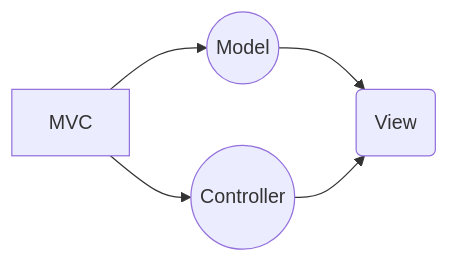
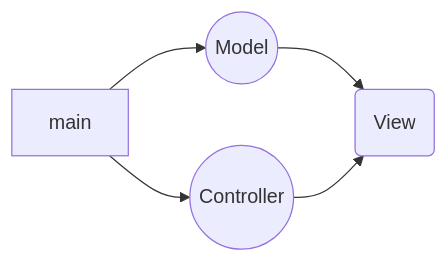
One commit to raihaninfo/attendance_management changed the diagram in README.md. Above: the diagram before and after it, drawn with Mermaid. The commit also changed 10 other files, not shown here.

````diff
--- a/README.md
+++ b/README.md
@@ -43,7 +43,7 @@
 ```mermaid
 graph LR
-A[MVC] --> B((Model))
+A[main] --> B((Model))
 A --> C((Controller))
 B --> D((Controller))
 C --> D(View)
 ```
````
